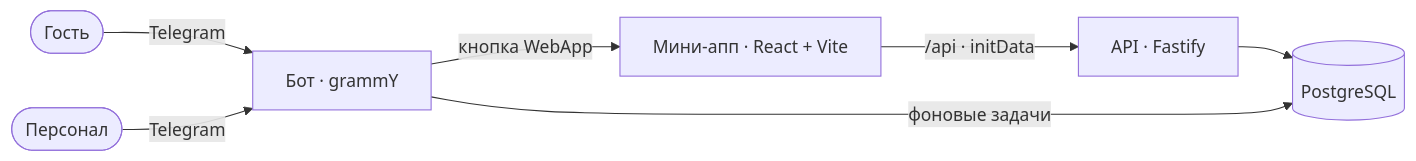
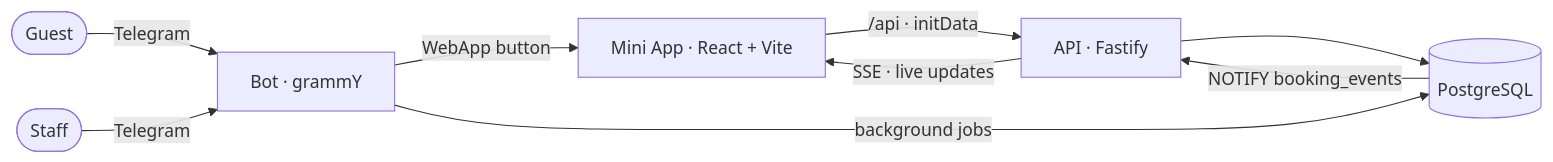
Before and after one commit to Isahannn/restaurant-offpeak: the diagram in README.md, drawn with Mermaid. The commit also changed other lines of this file and 1 other file, not shown here.

````diff
--- a/README.md
+++ b/README.md
@@ -70,9 +72,11 @@
 ```mermaid
 flowchart LR
-    Guest(["Гость"]) -->|Telegram| Bot
-    Staff(["Персонал"]) -->|Telegram| Bot
-    Bot["Бот · grammY"] -->|кнопка WebApp| Web["Мини-апп · React + Vite"]
+    Guest(["Guest"]) -->|Telegram| Bot
+    Staff(["Staff"]) -->|Telegram| Bot
+    Bot["Bot · grammY"] -->|WebApp button| Web["Mini App · React + Vite"]
     Web -->|"/api · initData"| API["API · Fastify"]
+    API -->|"SSE · live updates"| Web
     API --> DB[("PostgreSQL")]
-    Bot -->|"фоновые задачи"| DB
+    DB -->|"NOTIFY booking_events"| API
+    Bot -->|"background jobs"| DB
 ```
````
